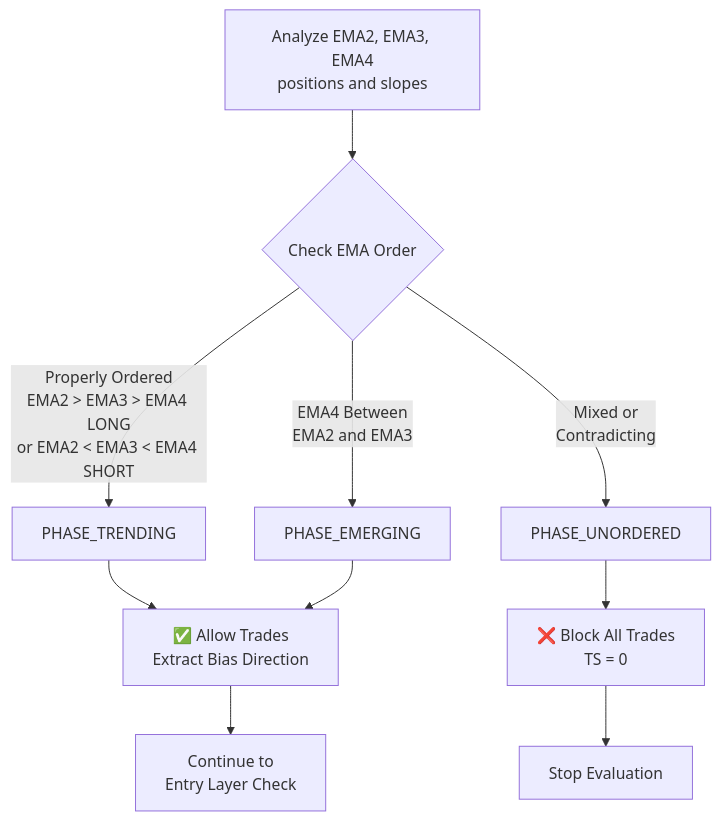
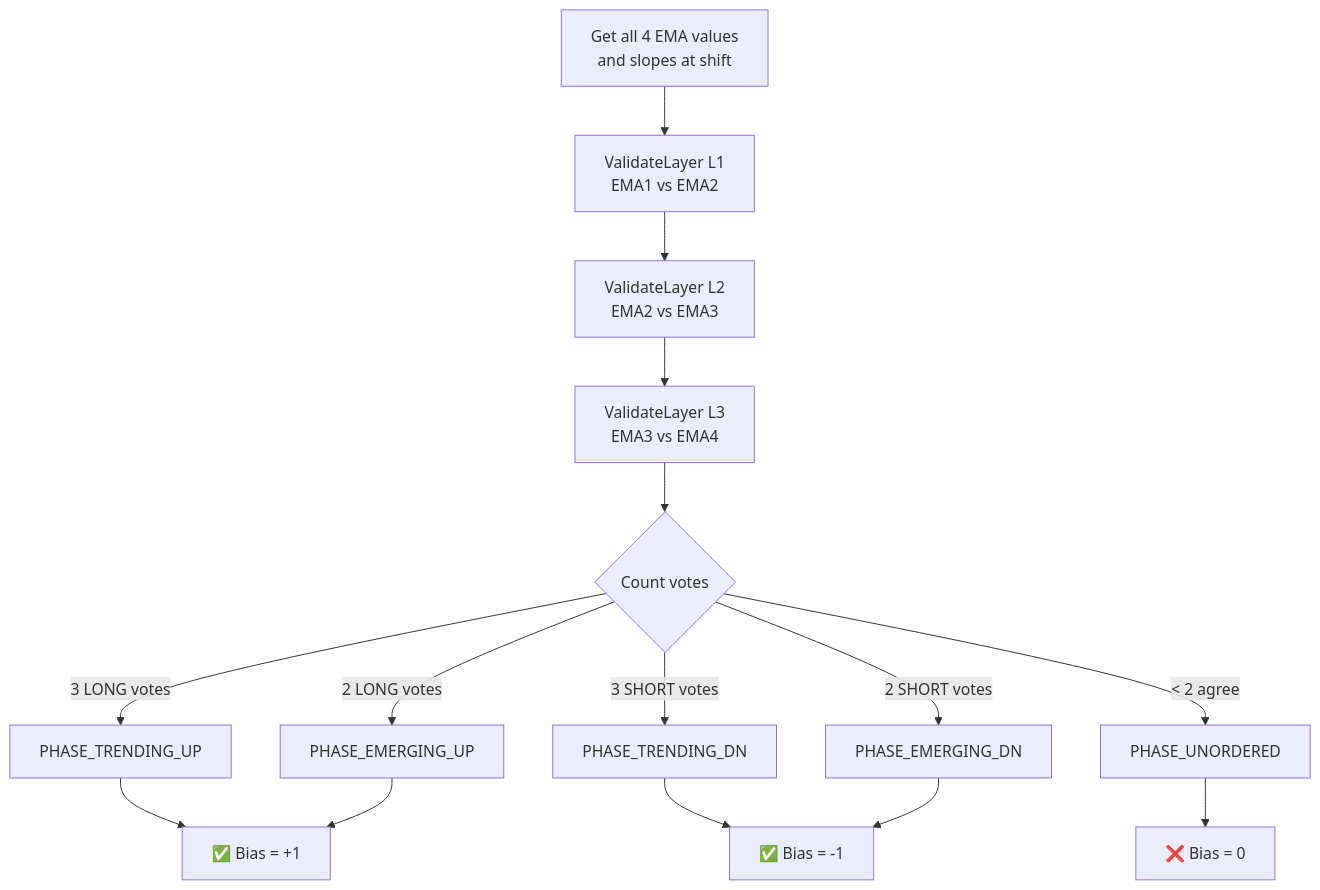
The first of 7 diagrams in Readme/README_SYSTEM.md (msmaciej/RRM_SEA), drawn with Mermaid before and after one commit. The commit also changed other lines of this file and 2 other files, not shown here.

Commit message:
Implement 3-layer phase detection, fix pipeline order, update docs

````diff
--- a/Readme/README_SYSTEM.md
+++ b/Readme/README_SYSTEM.md
@@ -127,15 +274,19 @@
 ```mermaid
 graph TD
-    A[Analyze EMA2, EMA3, EMA4<br/>positions and slopes] --> B{Check EMA Order}
+    A[Get all 4 EMA values<br/>and slopes at shift] --> B[ValidateLayer L1<br/>EMA1 vs EMA2]
+    B --> C[ValidateLayer L2<br/>EMA2 vs EMA3]
+    C --> D[ValidateLayer L3<br/>EMA3 vs EMA4]
+    D --> E{Count votes}
 
-    B -->|Properly Ordered<br/>EMA2 &gt; EMA3 &gt; EMA4 LONG<br/>or EMA2 &lt; EMA3 &lt; EMA4 SHORT| C[PHASE_TRENDING]
-    B -->|EMA4 Between<br/>EMA2 and EMA3| D[PHASE_EMERGING]
-    B -->|Mixed or<br/>Contradicting| E[PHASE_UNORDERED]
+    E -->|3 LONG votes| F[PHASE_TRENDING_UP]
+    E -->|3 SHORT votes| G[PHASE_TRENDING_DN]
+    E -->|2 LONG votes| H[PHASE_EMERGING_UP]
+    E -->|2 SHORT votes| I[PHASE_EMERGING_DN]
+    E -->|< 2 agree| J[PHASE_UNORDERED]
 
-    C --> F[✅ Allow Trades<br/>Extract Bias Direction]
-    D --> F
-    E --> G[❌ Block All Trades<br/>TS = 0]
-
-    F --> H[Continue to<br/>Entry Layer Check]
-    G --> I[Stop Evaluation]
+    F --> K[✅ Bias = +1]
+    G --> L[✅ Bias = -1]
+    H --> K
+    I --> L
+    J --> M[❌ Bias = 0]
 ```
````
